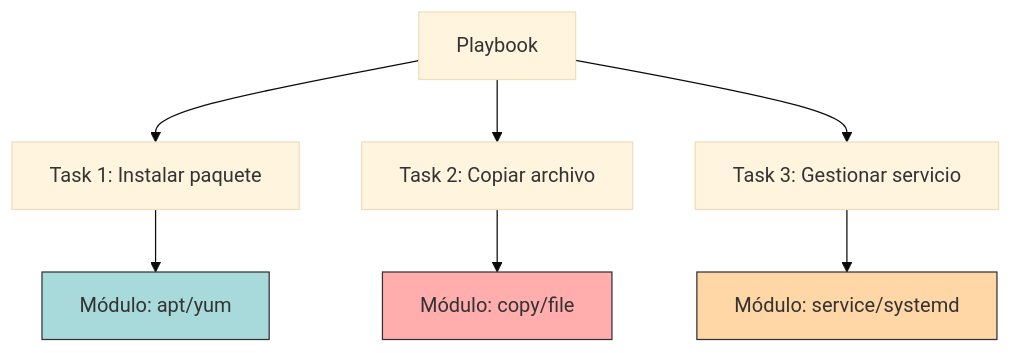
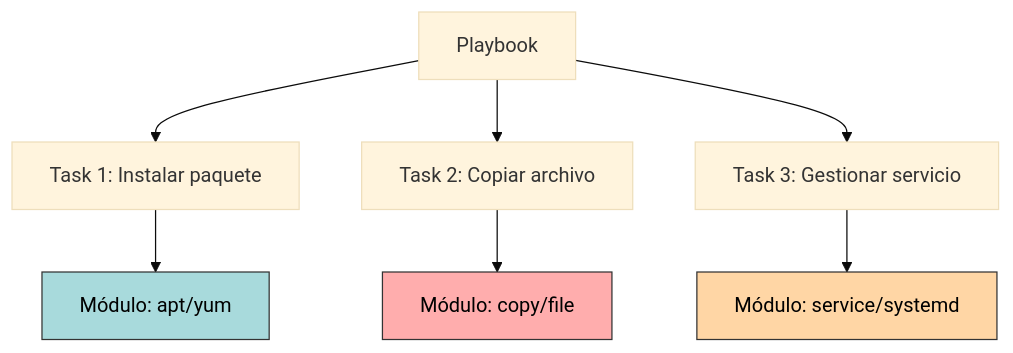
The diagram in docs/cursos/ansible/104.Modulos_idempotencia.md (pabpereza/pabpereza), drawn with Mermaid (base theme) before and after one commit. The commit also changed 8 other files, not shown here.

````diff
--- a/docs/cursos/ansible/104.Modulos_idempotencia.md
+++ b/docs/cursos/ansible/104.Modulos_idempotencia.md
@@ -45,14 +45,14 @@
 ```mermaid
 graph TD
     A[Playbook] --> B[Task 1: Instalar paquete]
     A --> C[Task 2: Copiar archivo]
     A --> D[Task 3: Gestionar servicio]
 
     B --> E[Módulo: apt/yum]
     C --> F[Módulo: copy/file]
     D --> G[Módulo: service/systemd]
 
-    style E fill:#a8dadc,stroke:#333
-    style F fill:#ffadad,stroke:#333
-    style G fill:#ffd6a5,stroke:#333
+    style E fill:#a8dadc,stroke:#333,color:#000
+    style F fill:#ffadad,stroke:#333,color:#000
+    style G fill:#ffd6a5,stroke:#333,color:#000
 ```
````
